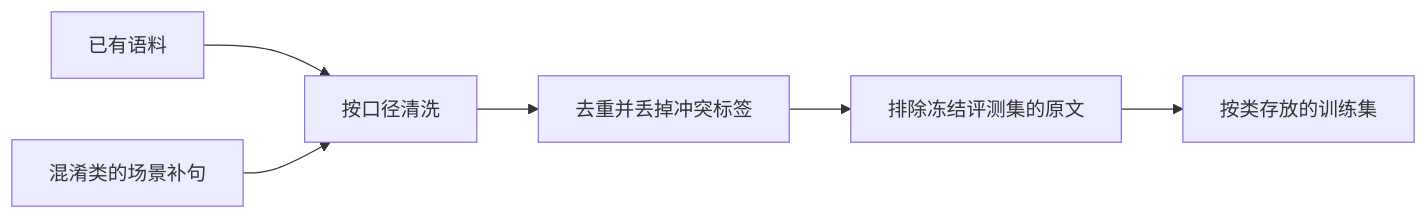
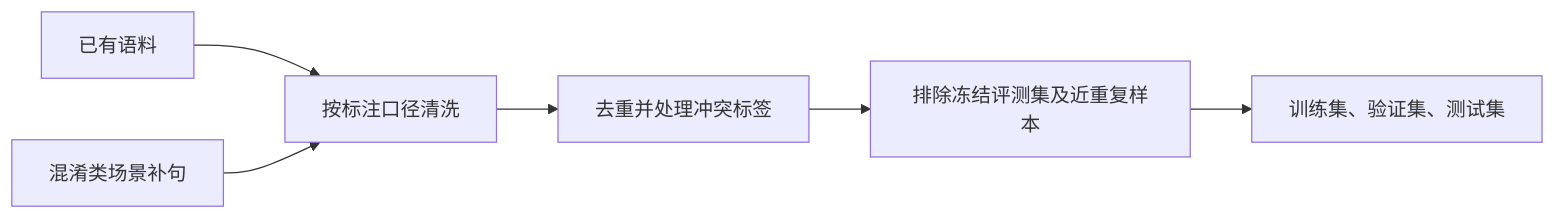
The first of 3 diagrams in 笔记/LLM训练/BERT微调.md (lalalala-agent/lalalala-agent.github.io), drawn with Mermaid before and after one commit. The commit also changed other lines of this file and 213 other files, not shown here.

````diff
--- a/笔记/LLM训练/BERT微调.md
+++ b/笔记/LLM训练/BERT微调.md
@@ -36,8 +65,8 @@
 ```mermaid
 flowchart LR
-    A["已有语料"] --> C["按口径清洗"]
-    B["混淆类的场景补句"] --> C
-    C --> D["去重并丢掉冲突标签"]
-    D --> E["排除冻结评测集的原文"]
-    E --> F["按类存放的训练集"]
+    A["已有语料"] --> C["按标注口径清洗"]
+    B["混淆类场景补句"] --> C
+    C --> D["去重并处理冲突标签"]
+    D --> E["排除冻结评测集及近重复样本"]
+    E --> F["训练集、验证集、测试集"]
 ```
````
